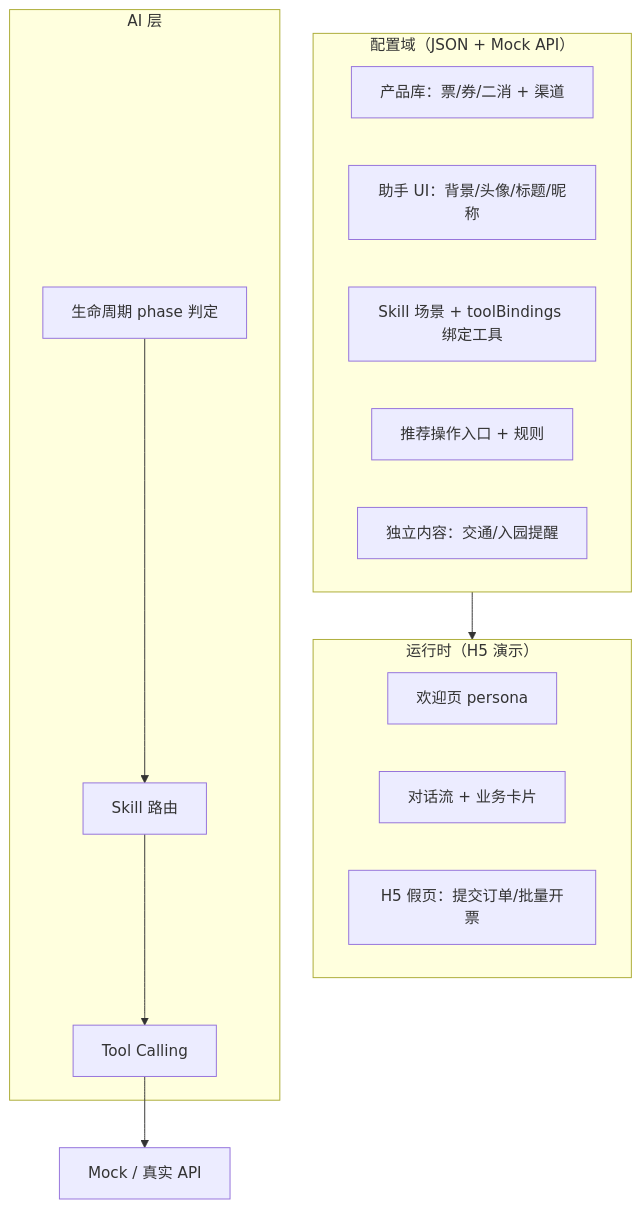
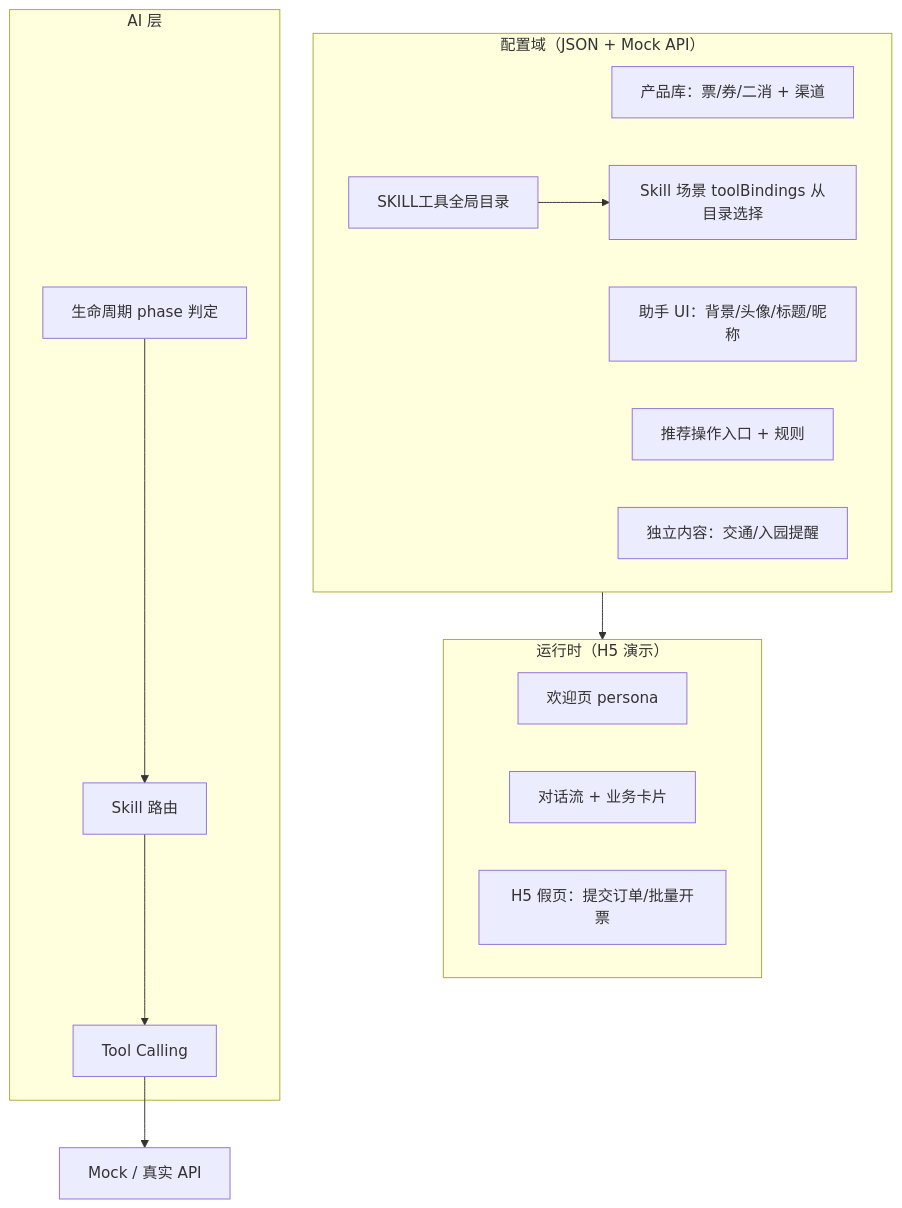
The diagram in docs/AI景区智能聊天助手-落地计划.md (nannan0410/AI_Service), drawn with Mermaid before and after one commit. The commit also changed other lines of this file and 10 other files, not shown here.

````diff
--- a/docs/AI景区智能聊天助手-落地计划.md
+++ b/docs/AI景区智能聊天助手-落地计划.md
@@ -83,27 +83,29 @@
 ```mermaid
 flowchart TB
   subgraph Config["配置域（JSON + Mock API）"]
     P[产品库：票/券/二消 + 渠道]
     UI[助手 UI：背景/头像/标题/昵称]
-    S[Skill 场景 + toolBindings 绑定工具]
+    T[SKILL工具全局目录]
+    S[Skill 场景 toolBindings 从目录选择]
     E[推荐操作入口 + 规则]
     CMS[独立内容：交通/入园提醒]
   end
 
   subgraph Runtime["运行时（H5 演示）"]
     W[欢迎页 persona]
     Chat[对话流 + 业务卡片]
     Jump[H5 假页：提交订单/批量开票]
   end
 
   subgraph AI["AI 层"]
     Phase[生命周期 phase 判定]
     SkillRouter[Skill 路由]
     Tools[Tool Calling]
   end
 
   Config --> Runtime
+  T --> S
   Phase --> SkillRouter
   SkillRouter --> Tools
   Tools --> MockAPI[Mock / 真实 API]
 ```
````
